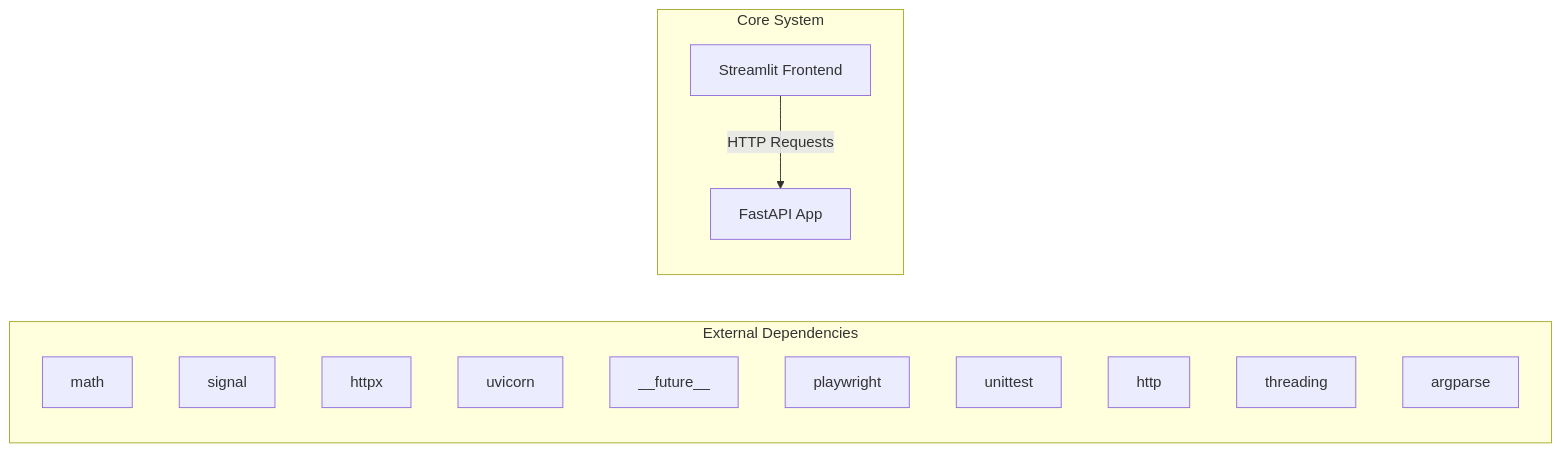
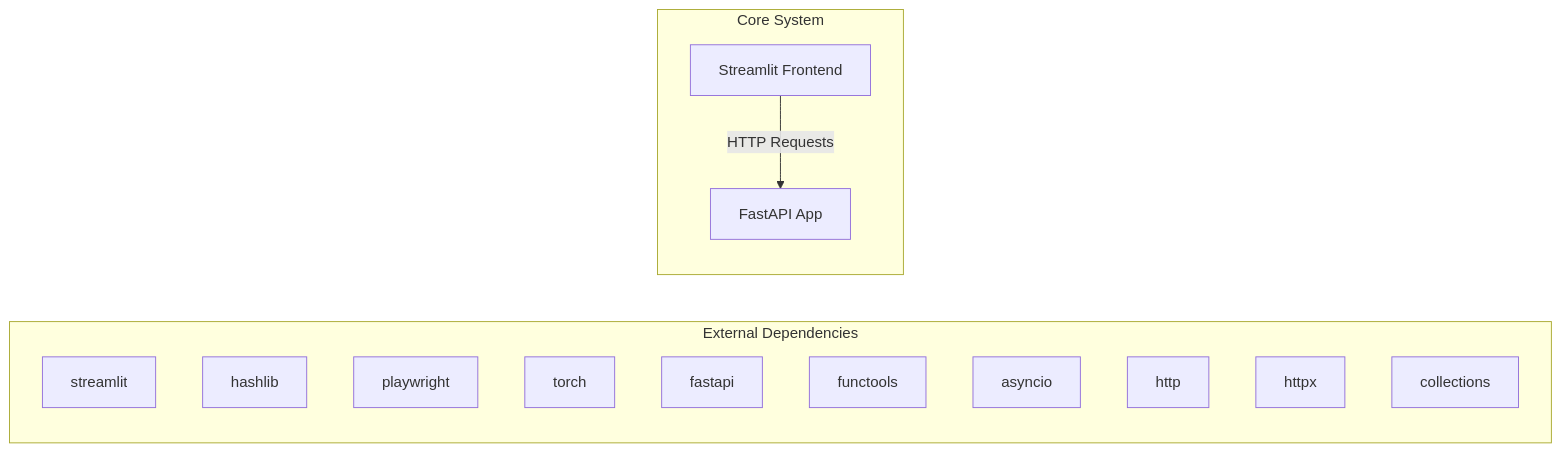
One commit to NITISH-R-G/rag-context-optimizer changed the first of 2 diagrams in docs/architecture.md. Above: the diagram before and after it, drawn with Mermaid. The commit also changed 1 other file, not shown here.

Commit message:
docs: auto-update repository knowledge, architecture diagrams, and documentation

````diff
--- a/docs/architecture.md
+++ b/docs/architecture.md
@@ -7,20 +7,20 @@
 ```mermaid
 graph LR
     subgraph External Dependencies
-        E0["math"]
-        E1["signal"]
-        E2["httpx"]
-        E3["uvicorn"]
-        E4["__future__"]
-        E5["playwright"]
-        E6["unittest"]
+        E0["streamlit"]
+        E1["hashlib"]
+        E2["playwright"]
+        E3["torch"]
+        E4["fastapi"]
+        E5["functools"]
+        E6["asyncio"]
         E7["http"]
-        E8["threading"]
-        E9["argparse"]
+        E8["httpx"]
+        E9["collections"]
     end
     subgraph Core System
         API["FastAPI App"]
         UI["Streamlit Frontend"]
     end
     UI -->|HTTP Requests| API
 ```
````
